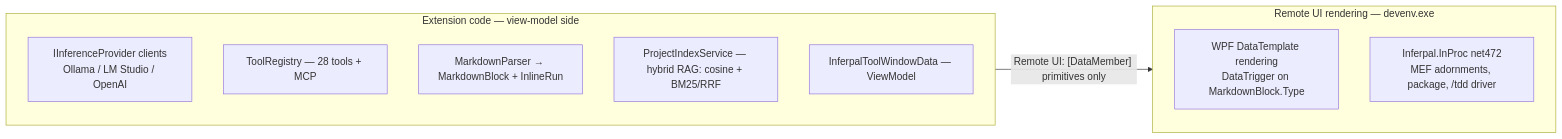
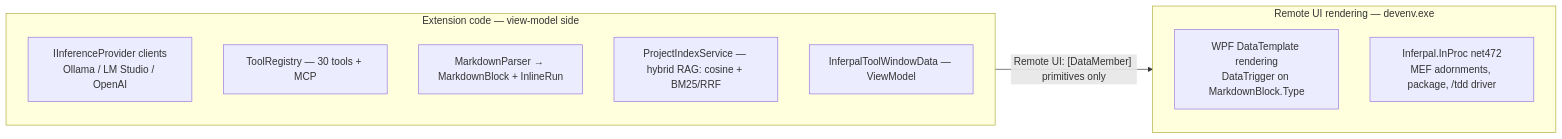
Before and after one commit to EstaxNet/Inferpal: the first of 2 diagrams in docs/architecture.md, drawn with Mermaid. The commit also changed other lines of this file and 19 other files, not shown here.

````diff
--- a/docs/architecture.md
+++ b/docs/architecture.md
@@ -55,15 +57,15 @@
 ```mermaid
 flowchart LR
     subgraph host["Extension code — view-model side"]
         prov[IInferenceProvider clients<br/>Ollama / LM Studio / OpenAI]
-        reg[ToolRegistry — 28 tools + MCP]
+        reg[ToolRegistry — 30 tools + MCP]
         md[MarkdownParser → MarkdownBlock + InlineRun]
         rag[ProjectIndexService — hybrid RAG: cosine + BM25/RRF]
         vm[InferpalToolWindowData — ViewModel]
     end
     subgraph dev["Remote UI rendering — devenv.exe"]
         wpf[WPF DataTemplate rendering<br/>DataTrigger on MarkdownBlock.Type]
         ghost[Inferpal.InProc net472<br/>MEF adornments, package, /tdd driver]
     end
     host -- "Remote UI: [DataMember] primitives only" --> dev
 ```
````
